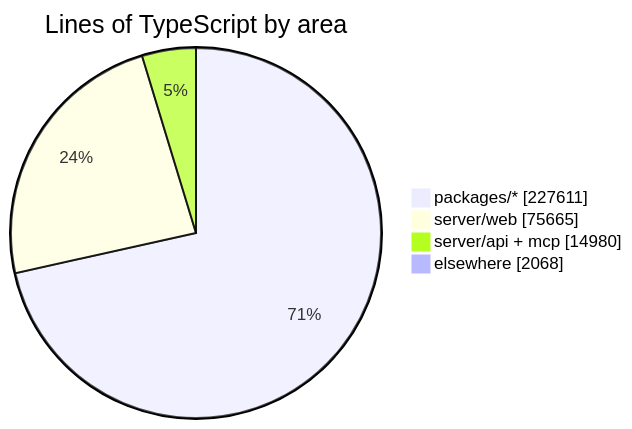
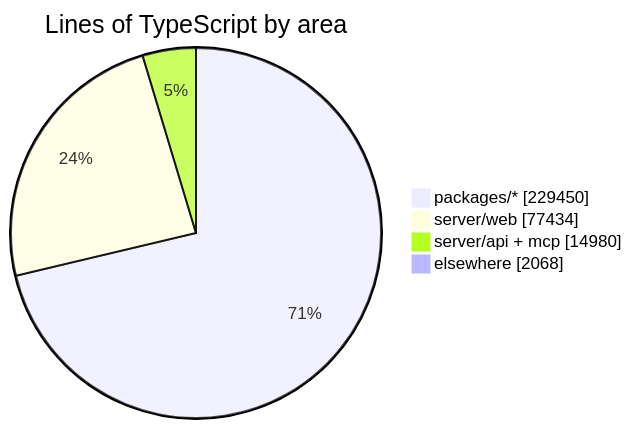
Before and after one commit to crossworks-engineering/mantle: the diagram in README.md, drawn with Mermaid. The commit also changed other lines of this file and 2 other files, not shown here.

````diff
--- a/README.md
+++ b/README.md
@@ -287,7 +287,7 @@
 ```mermaid
 pie showData title Lines of TypeScript by area
-    "packages/*" : 227611
-    "server/web" : 75665
+    "packages/*" : 229450
+    "server/web" : 77434
     "server/api + mcp" : 14980
     "elsewhere" : 2068
 ```
````
